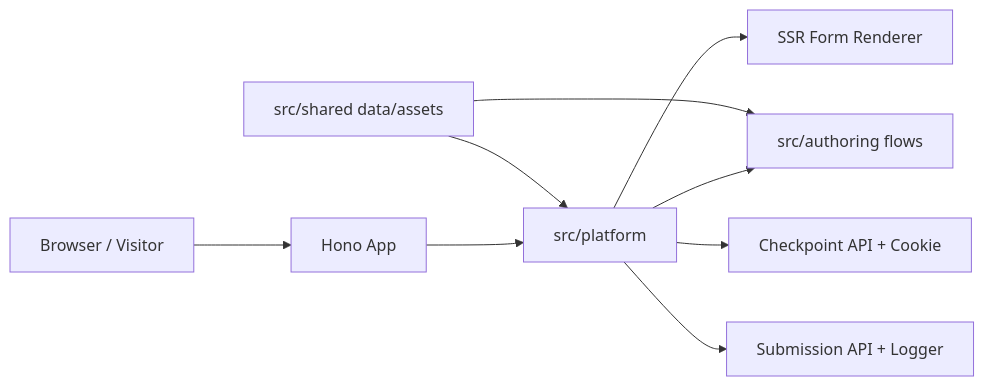
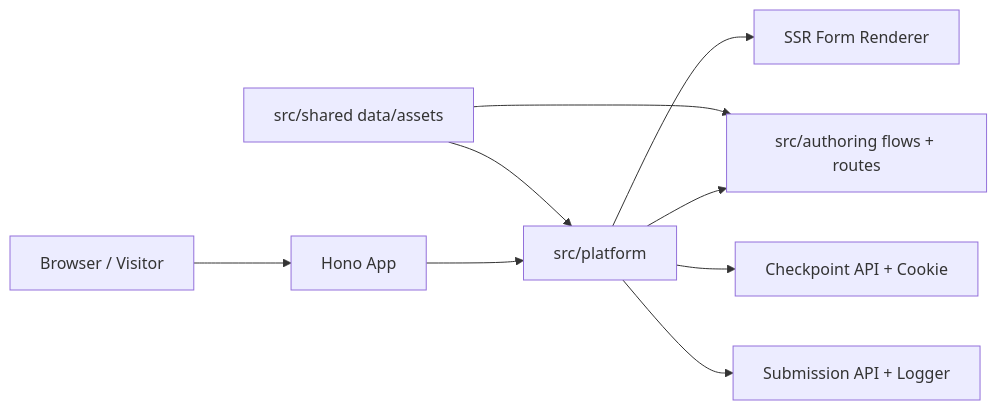
The diagram in README.md (fassone/instant-forms), drawn with Mermaid before and after one commit. The commit also changed other lines of this file and 18 other files, not shown here.

````diff
--- a/README.md
+++ b/README.md
@@ -9,11 +9,11 @@
 ```mermaid
 flowchart LR
   Browser["Browser / Visitor"] --> Hono["Hono App"]
   Hono --> Platform["src/platform"]
-  Platform --> Authoring["src/authoring flows"]
+  Platform --> Authoring["src/authoring flows + routes"]
   Shared["src/shared data/assets"] --> Platform
   Shared --> Authoring
   Platform --> Rendering["SSR Form Renderer"]
   Platform --> Checkpoints["Checkpoint API + Cookie"]
   Platform --> Submissions["Submission API + Logger"]
 ```
````
